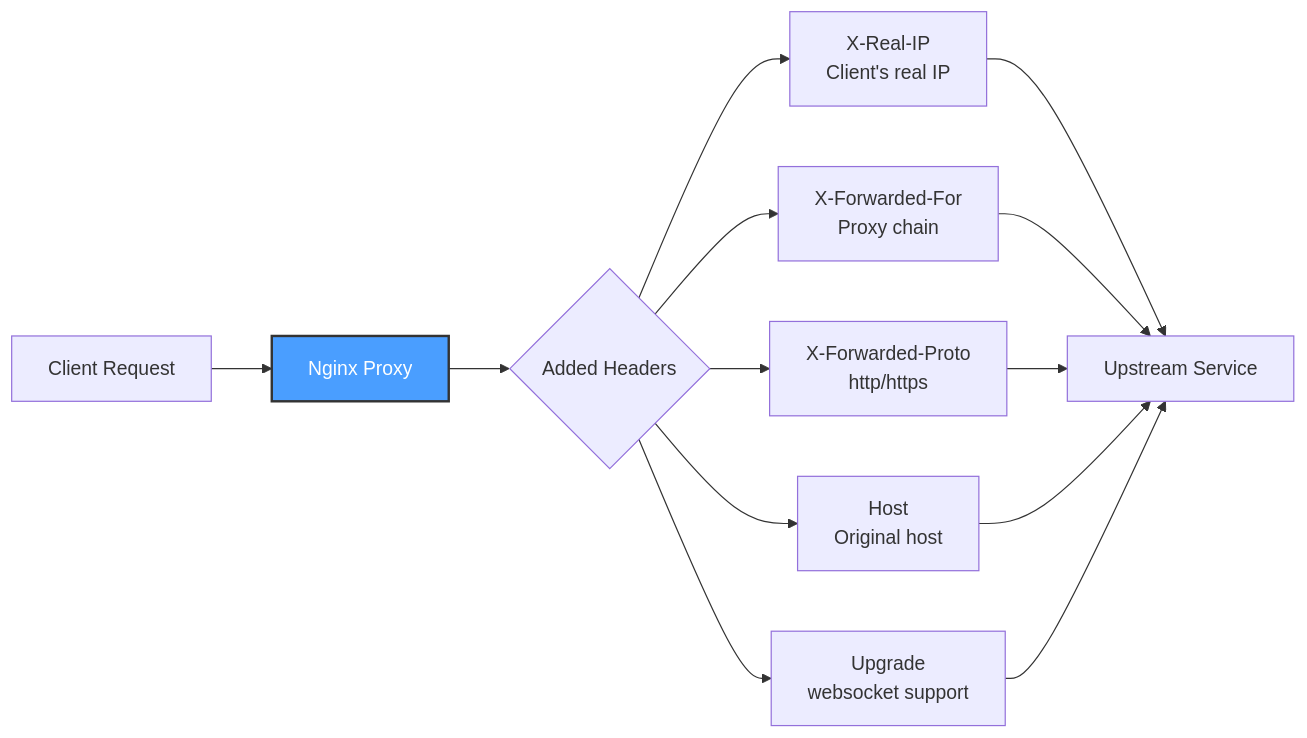
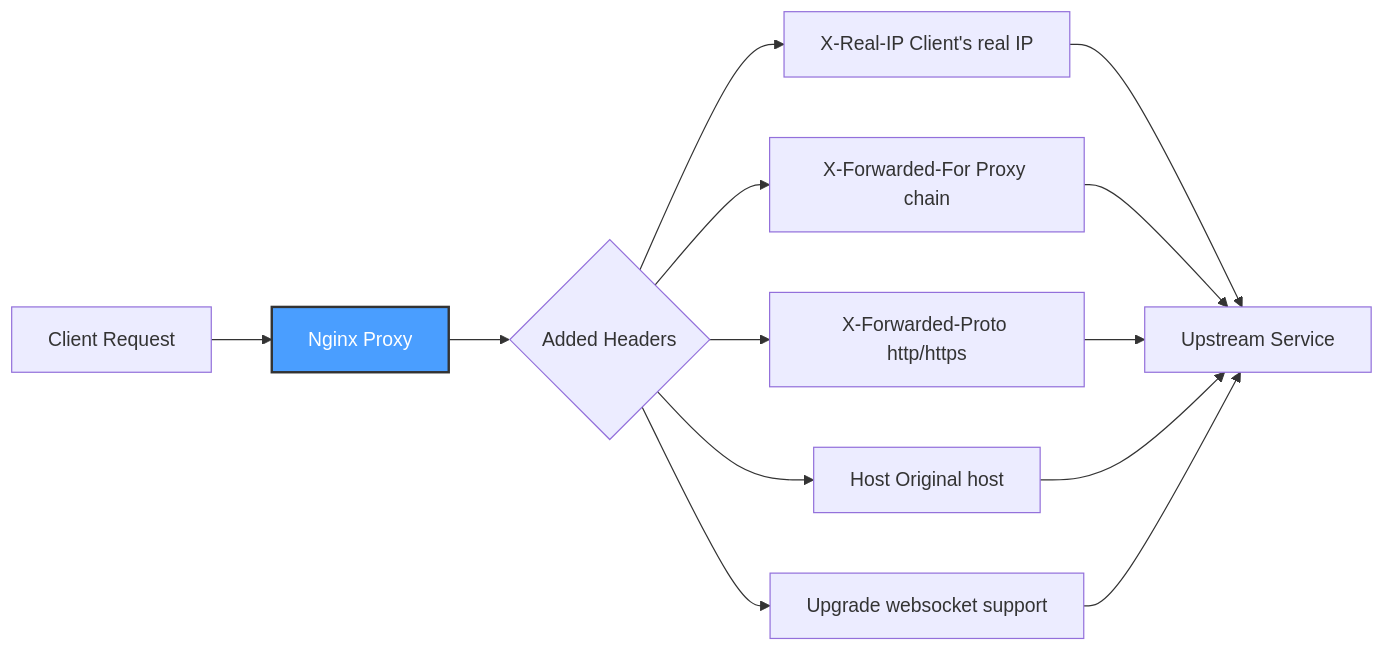
The eighth of 9 diagrams in wiki/Request-Flow.md (softwarewrighter/dev-proxy), drawn with Mermaid before and after one commit. The commit also changed other lines of this file and 6 other files, not shown here.

First line of the commit message:
Fix wiki Mermaid diagrams: remove <br/> tags

````diff
--- a/wiki/Request-Flow.md
+++ b/wiki/Request-Flow.md
@@ -343,20 +343,20 @@
 ```mermaid
 graph LR
     Client[Client Request] --> Nginx[Nginx Proxy]
 
     Nginx --> Headers{Added Headers}
 
-    Headers --> Real[X-Real-IP<br/>Client's real IP]
-    Headers --> Forwarded[X-Forwarded-For<br/>Proxy chain]
-    Headers --> Proto[X-Forwarded-Proto<br/>http/https]
-    Headers --> Host[Host<br/>Original host]
-    Headers --> Upgrade[Upgrade<br/>websocket support]
+    Headers --> Real[X-Real-IP Client's real IP]
+    Headers --> Forwarded[X-Forwarded-For Proxy chain]
+    Headers --> Proto[X-Forwarded-Proto http/https]
+    Headers --> Host[Host Original host]
+    Headers --> Upgrade[Upgrade websocket support]
 
     Real --> Upstream[Upstream Service]
     Forwarded --> Upstream
     Proto --> Upstream
     Host --> Upstream
     Upgrade --> Upstream
 
     style Nginx fill:#4a9eff,stroke:#333,stroke-width:2px,color:#fff
 ```
````
